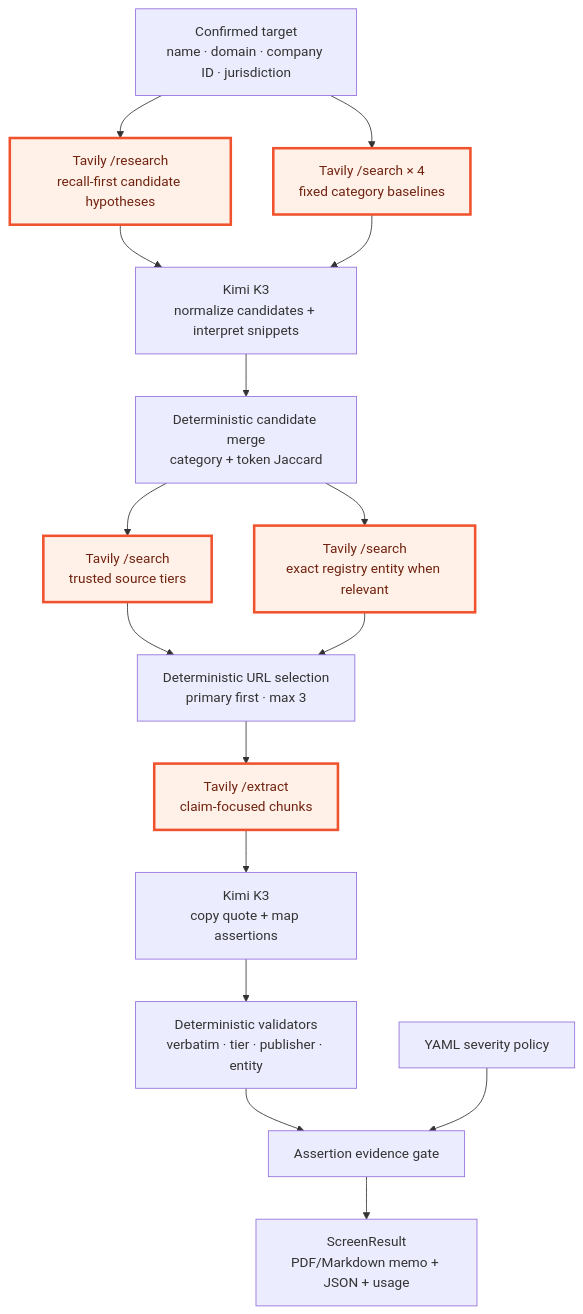
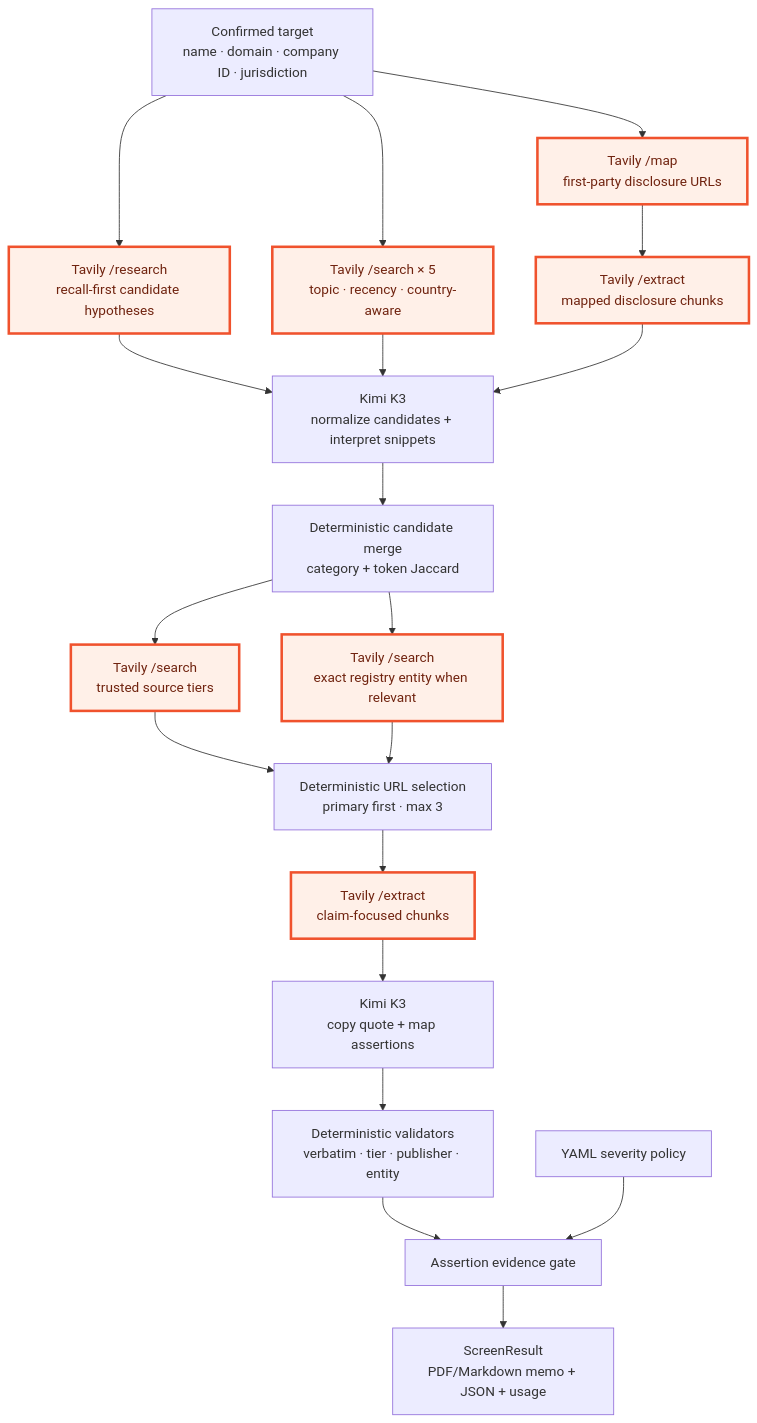
Before and after one commit to 0xtigerclaw/deal_lens: the second of 8 diagrams in docs/ARCHITECTURE.md, drawn with Mermaid. The commit also changed other lines of this file and 33 other files, not shown here.

````diff
--- a/docs/ARCHITECTURE.md
+++ b/docs/ARCHITECTURE.md
@@ -46,30 +46,33 @@
 ```mermaid
 flowchart TD
     I["Confirmed target<br/>name · domain · company ID · jurisdiction"]
     R["Tavily /research<br/>recall-first candidate hypotheses"]
-    S0["Tavily /search × 4<br/>fixed category baselines"]
+    S0["Tavily /search × 5<br/>topic · recency · country-aware"]
+    MAP["Tavily /map<br/>first-party disclosure URLs"]
+    MX["Tavily /extract<br/>mapped disclosure chunks"]
     N["Kimi K3<br/>normalize candidates + interpret snippets"]
     M["Deterministic candidate merge<br/>category + token Jaccard"]
     SV["Tavily /search<br/>trusted source tiers"]
     SR["Tavily /search<br/>exact registry entity when relevant"]
     P["Deterministic URL selection<br/>primary first · max 3"]
     X["Tavily /extract<br/>claim-focused chunks"]
     Q["Kimi K3<br/>copy quote + map assertions"]
     V["Deterministic validators<br/>verbatim · tier · publisher · entity"]
     G["Assertion evidence gate"]
     Y["YAML severity policy"]
     O["ScreenResult<br/>PDF/Markdown memo + JSON + usage"]
 
     I --> R --> N
     I --> S0 --> N
+    I --> MAP --> MX --> N
     N --> M
     M --> SV
     M --> SR
     SV --> P
     SR --> P
     P --> X --> Q --> V --> G
     Y --> G --> O
 
     classDef tavily fill:#fff0e8,stroke:#f0522d,stroke-width:3px,color:#70230f
-    class R,S0,SV,SR,X tavily
+    class R,S0,MAP,MX,SV,SR,X tavily
 ```
````
